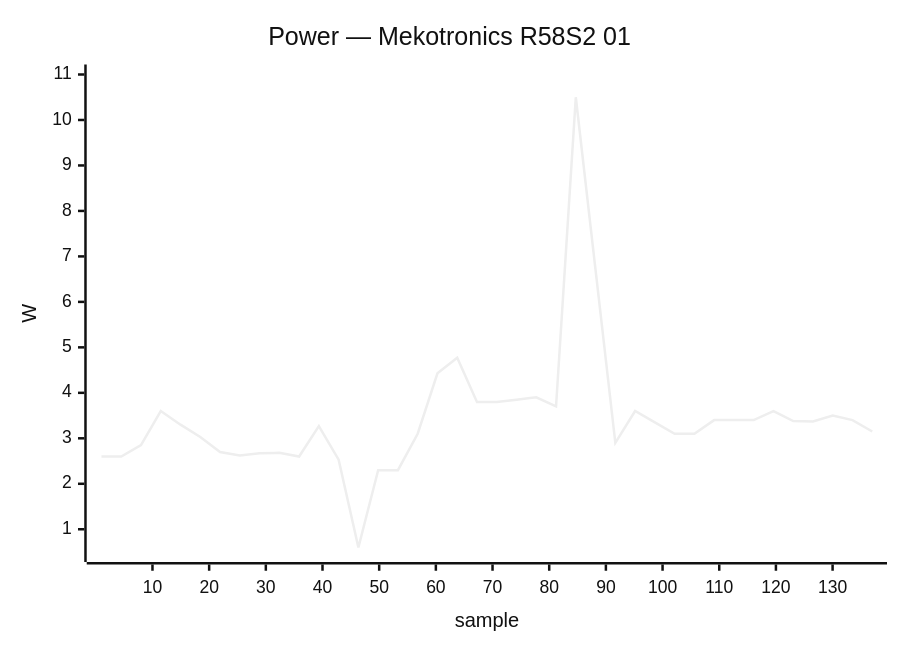
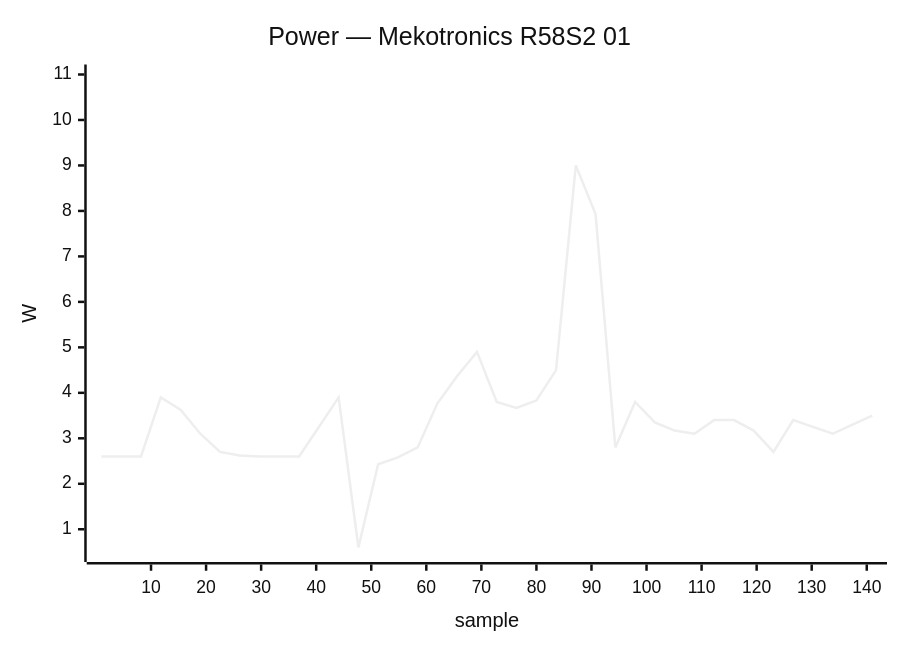
Before and after one commit to armbian/documentation: diagram 18 of 40 in docs/status/board-tests.md, drawn with Mermaid (neutral theme). The commit also changed other lines of this file, not shown here.

````diff
--- a/docs/status/board-tests.md
+++ b/docs/status/board-tests.md
@@ -812,7 +818,7 @@
 ```mermaid
 xychart-beta
     title "Power — Mekotronics R58S2 01"
-    x-axis "sample" 1 --> 137
+    x-axis "sample" 1 --> 141
     y-axis "W" 0.5 --> 11.0
-    line [2.60, 2.60, 2.85, 3.60, 3.30, 3.03, 2.70, 2.62, 2.67, 2.68, 2.60, 3.27, 2.53, 0.60, 2.30, 2.30, 3.10, 4.43, 4.77, 3.80, 3.80, 3.85, 3.90, 3.70, 10.50, 6.70, 2.90, 3.60, 3.35, 3.10, 3.10, 3.40, 3.40, 3.40, 3.60, 3.38, 3.37, 3.50, 3.40, 3.15]
+    line [2.60, 2.60, 2.60, 3.90, 3.63, 3.10, 2.70, 2.62, 2.60, 2.60, 2.60, 3.25, 3.90, 0.60, 2.43, 2.58, 2.80, 3.77, 4.37, 4.90, 3.80, 3.67, 3.83, 4.50, 9.00, 7.93, 2.80, 3.80, 3.35, 3.17, 3.10, 3.40, 3.40, 3.17, 2.70, 3.40, 3.25, 3.10, 3.30, 3.50]
 ```
````
